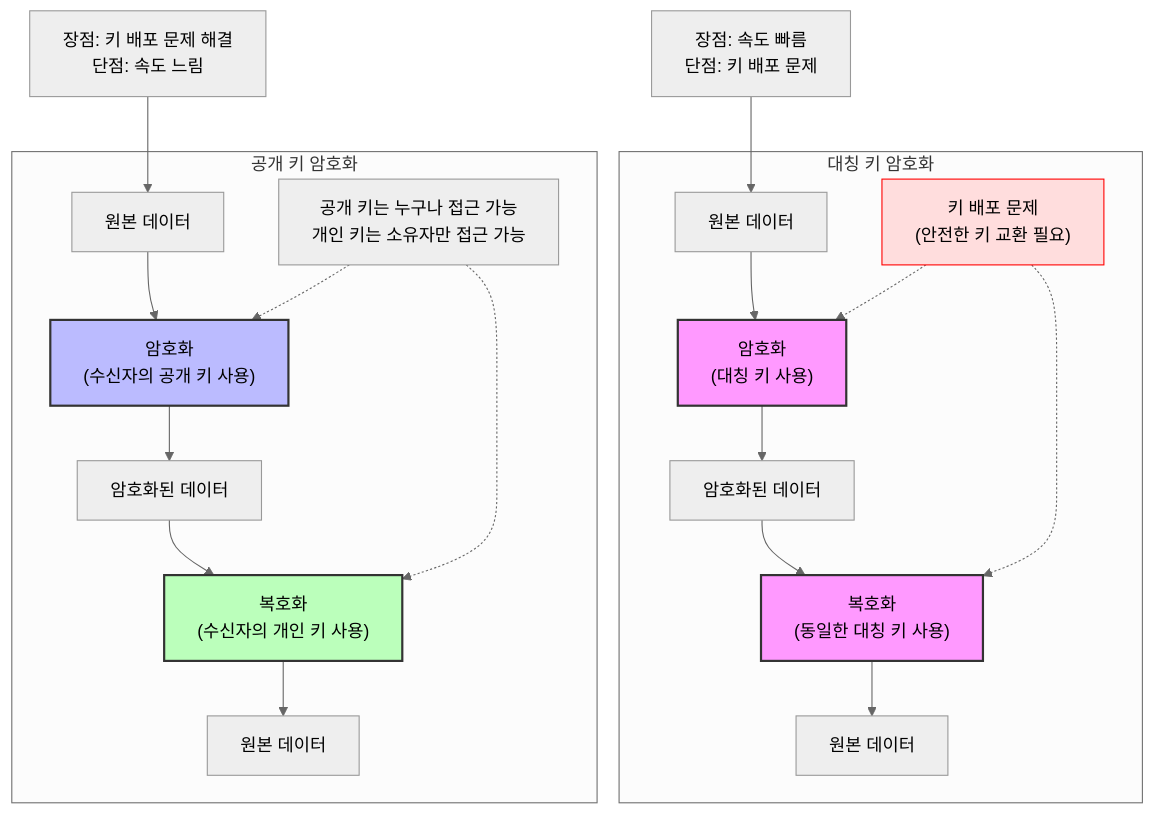
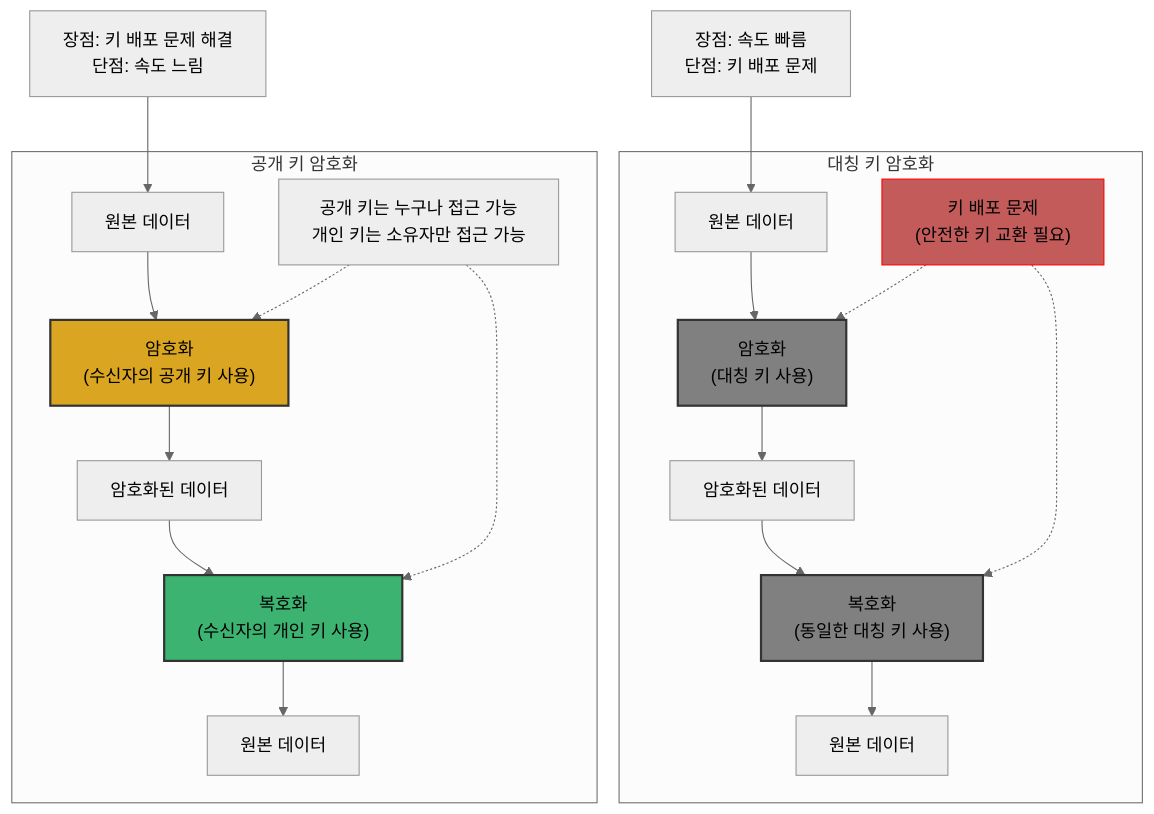
One commit to KalGookSoo/network-basic changed the first of 5 diagrams in chapters/07-2_security_technology.md. Above: the diagram before and after it, drawn with Mermaid (neutral theme). The commit also changed other lines of this file and 3 other files, not shown here.

Commit message:
docs: 표 시각 개선 - 다이어그램 색상 일관성 및 가독성 향상

````diff
--- a/chapters/07-2_security_technology.md
+++ b/chapters/07-2_security_technology.md
@@ -17,32 +17,32 @@
 ```mermaid
 graph TD
     subgraph "대칭 키 암호화"
         A1[원본 데이터] --> B1["암호화<br>(대칭 키 사용)"]
         B1 --> C1[암호화된 데이터]
         C1 --> D1["복호화<br>(동일한 대칭 키 사용)"]
         D1 --> E1[원본 데이터]
 
         F1["키 배포 문제<br>(안전한 키 교환 필요)"] -.-> B1
         F1 -.-> D1
 
-        style B1 fill:#f9f, stroke:#333, stroke-width:2px, color:#000
-        style D1 fill:#f9f, stroke:#333, stroke-width:2px, color:#000
-        style F1 fill:#fdd, stroke:#f00, stroke-width:1px, color:#000
+        style B1 fill:#808080, stroke:#333, stroke-width:2px, color:#000
+        style D1 fill:#808080, stroke:#333, stroke-width:2px, color:#000
+        style F1 fill:#c35b5b, stroke:#f00, stroke-width:1px, color:#000
     end
 
     subgraph "공개 키 암호화"
         A2[원본 데이터] --> B2["암호화<br>(수신자의 공개 키 사용)"]
         B2 --> C2[암호화된 데이터]
         C2 --> D2["복호화<br>(수신자의 개인 키 사용)"]
         D2 --> E2[원본 데이터]
 
         F2["공개 키는 누구나 접근 가능<br>개인 키는 소유자만 접근 가능"] -.-> B2
         F2 -.-> D2
 
-        style B2 fill:#bbf, stroke:#333, stroke-width:2px, color:#000
-        style D2 fill:#bfb, stroke:#333, stroke-width:2px, color:#000
+        style B2 fill:#daa520, stroke:#333, stroke-width:2px, color:#000
+        style D2 fill:#3cb371, stroke:#333, stroke-width:2px, color:#000
     end
 
     G1["장점: 속도 빠름<br>단점: 키 배포 문제"] --> A1
     G2["장점: 키 배포 문제 해결<br>단점: 속도 느림"] --> A2
 ```
````
